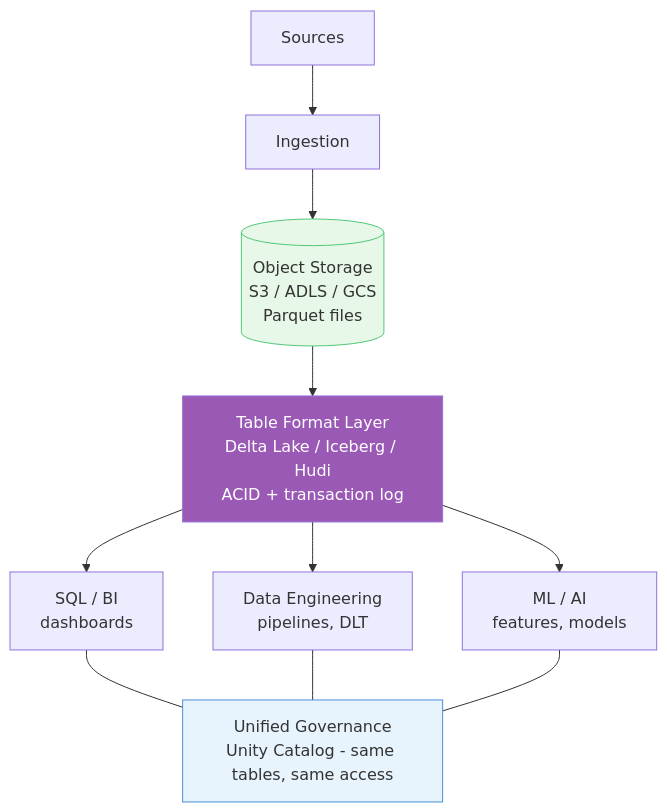
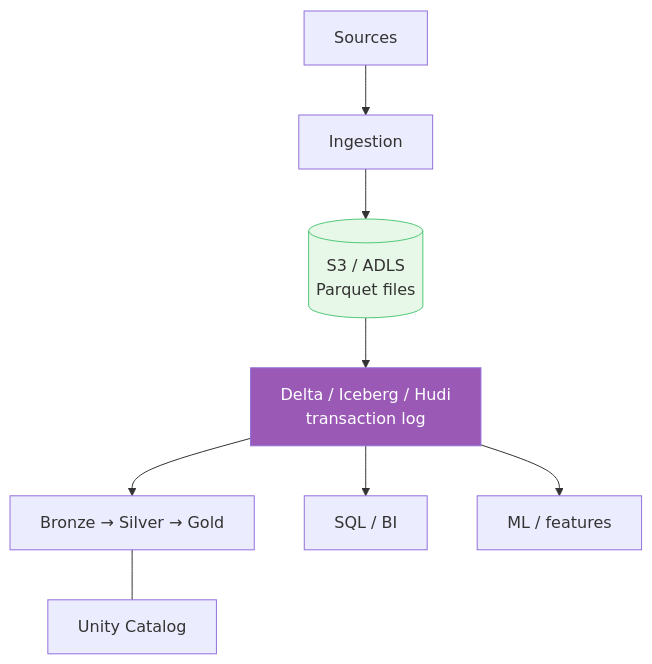
Before and after one commit to adnanrahin/adnanrahin.github.io: the second of 5 diagrams in data-architecture/data-lakehouse.md, drawn with Mermaid. The commit also changed other lines of this file and 5 other files, not shown here.

````diff
--- a/data-architecture/data-lakehouse.md
+++ b/data-architecture/data-lakehouse.md
@@ -107,25 +50,19 @@
 ```mermaid
 flowchart TD
     SRC["Sources"]
     ING["Ingestion"]
-    OBJ[("Object Storage<br/>S3 / ADLS / GCS<br/>Parquet files")]
-    TF["Table Format Layer<br/>Delta Lake / Iceberg / Hudi<br/>ACID + transaction log"]
+    OBJ[("S3 / ADLS<br/>Parquet files")]
+    TF["Delta / Iceberg / Hudi<br/>transaction log"]
+    MED["Bronze → Silver → Gold"]
+    BI["SQL / BI"]
+    ML["ML / features"]
+    GOV["Unity Catalog"]
 
-    BI["SQL / BI<br/>dashboards"]
-    DE["Data Engineering<br/>pipelines, DLT"]
-    ML["ML / AI<br/>features, models"]
-
-    GOV["Unified Governance<br/>Unity Catalog - same tables, same access"]
-
-    SRC --> ING --> OBJ --> TF
+    SRC --> ING --> OBJ --> TF --> MED
     TF --> BI
-    TF --> DE
     TF --> ML
-    BI --- GOV
-    DE --- GOV
-    ML --- GOV
+    MED --- GOV
 
     style OBJ fill:#E8F8E8,stroke:#50C878
     style TF fill:#9B59B6,color:#fff
-    style GOV fill:#E8F4FD,stroke:#4A90D9
 ```
````
